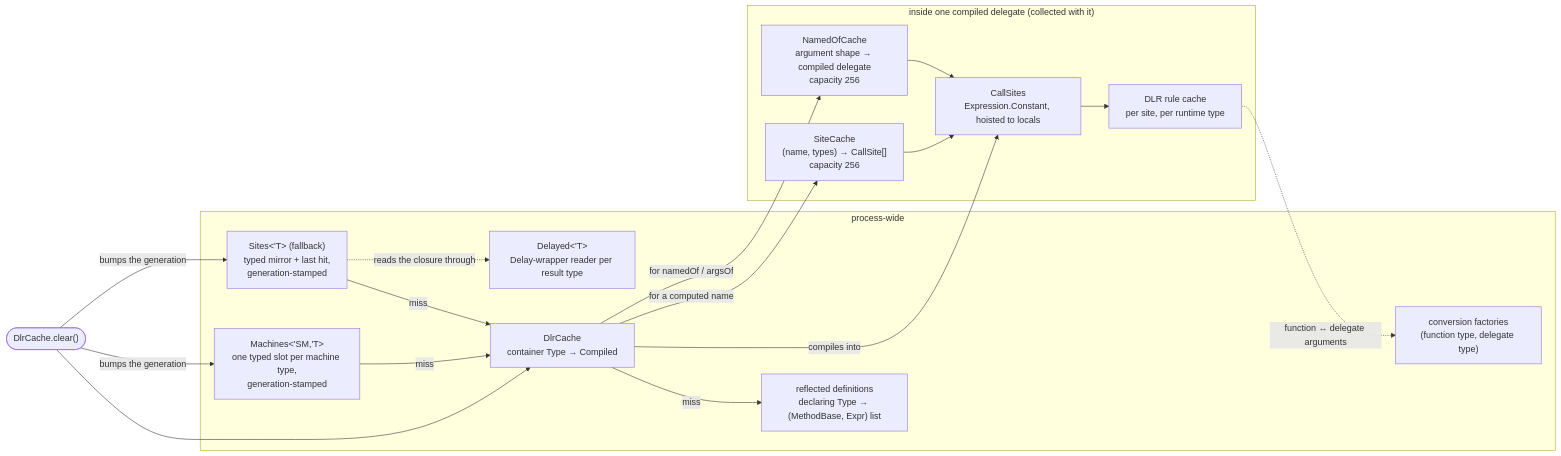
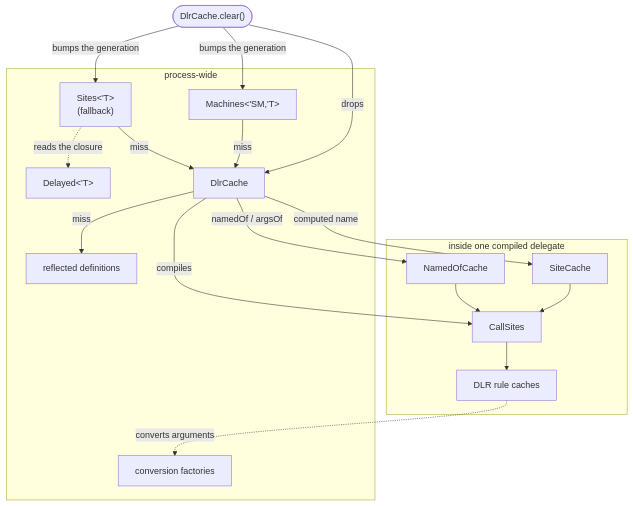
One commit to ekonbenefits/FSharp.Interop.Dlr changed the diagram in docs/caches.md. Above: the diagram before and after it, drawn with Mermaid. The commit also changed 1 other file, not shown here.

Commit message:
pipeline.md, caches.md: diagrams with names only, the detail in a list or the table
The pipeline flowchart's boxes held a paragraph each and the caches diagram ran
wide with small text; both now render at phone width (checked with
mermaid-cli). What the pipeline boxes said is a list under the diagram; the
caches' keys and values are already the table's.

````diff
--- a/docs/caches.md
+++ b/docs/caches.md
@@ -54,33 +54,32 @@
 ```mermaid
-flowchart LR
+flowchart TD
+    clear(["DlrCache.clear()"])
     subgraph process["process-wide"]
-        DC["DlrCache<br/>container Type → Compiled"]
-        M["Machines&lt;'SM,'T&gt;<br/>one typed slot per machine type,<br/>generation-stamped"]
-        S["Sites&lt;'T&gt; (fallback)<br/>typed mirror + last hit,<br/>generation-stamped"]
-        DL["Delayed&lt;'T&gt;<br/>Delay-wrapper reader per result type"]
-        RD["reflected definitions<br/>declaring Type → (MethodBase, Expr) list"]
-        CV["conversion factories<br/>(function type, delegate type)"]
+        M["Machines&lt;'SM,'T&gt;"]
+        S["Sites&lt;'T&gt;<br/>(fallback)"]
+        DL["Delayed&lt;'T&gt;"]
+        DC["DlrCache"]
+        RD["reflected definitions"]
+        CV["conversion factories"]
     end
-    subgraph delegate["inside one compiled delegate (collected with it)"]
-        CS["CallSites<br/>Expression.Constant, hoisted to locals"]
-        SC["SiteCache<br/>(name, types) → CallSite[]<br/>capacity 256"]
-        NC["NamedOfCache<br/>argument shape → compiled delegate<br/>capacity 256"]
-        RC["DLR rule cache<br/>per site, per runtime type"]
+    subgraph delegate["inside one compiled delegate"]
+        SC["SiteCache"]
+        NC["NamedOfCache"]
+        CS["CallSites"]
+        RC["DLR rule caches"]
     end
 
+    clear -- "drops" --> DC
+    clear -- "bumps the generation" --> M & S
     M -- miss --> DC
     S -- miss --> DC
-    S -. "reads the closure through" .-> DL
+    S -. "reads the closure" .-> DL
     DC -- miss --> RD
-    DC -- "compiles into" --> CS
-    DC -- "for a computed name" --> SC
-    DC -- "for namedOf / argsOf" --> NC
+    DC -- "compiles" --> CS
+    DC -- "computed name" --> SC
+    DC -- "namedOf / argsOf" --> NC
     SC --> CS
     NC --> CS
     CS --> RC
-    RC -. "function ↔ delegate arguments" .-> CV
-
-    clear(["DlrCache.clear()"]) --> DC
-    clear -- "bumps the generation" --> M
-    clear -- "bumps the generation" --> S
+    RC -. "converts arguments" .-> CV
 ```
````
